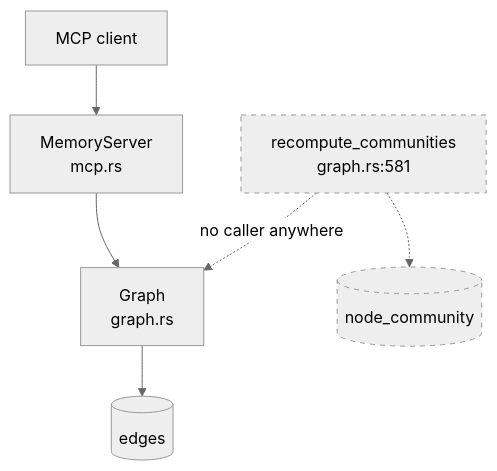
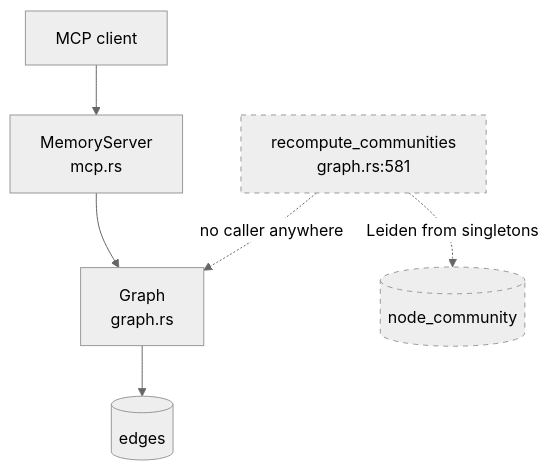
The first of 3 diagrams in docs/adr/0002-cluster-recompute-cadence.md (protocortex/liam), drawn with Mermaid (neutral theme) before and after one commit. The commit also changed other lines of this file and 1 other file, not shown here.

````diff
--- a/docs/adr/0002-cluster-recompute-cadence.md
+++ b/docs/adr/0002-cluster-recompute-cadence.md
@@ -224,11 +280,11 @@
 ```mermaid
 flowchart TD
     A["MCP client"] --> B["MemoryServer<br/>mcp.rs"]
     B --> C["Graph<br/>graph.rs"]
     C --> D[("edges")]
     F["recompute_communities<br/>graph.rs:581"] -.->|"no caller anywhere"| C
-    F -.-> G[("node_community")]
+    F -.->|"Leiden from singletons"| G[("node_community")]
 
     style F stroke-dasharray: 5 5
     style G stroke-dasharray: 5 5
 ```
````
